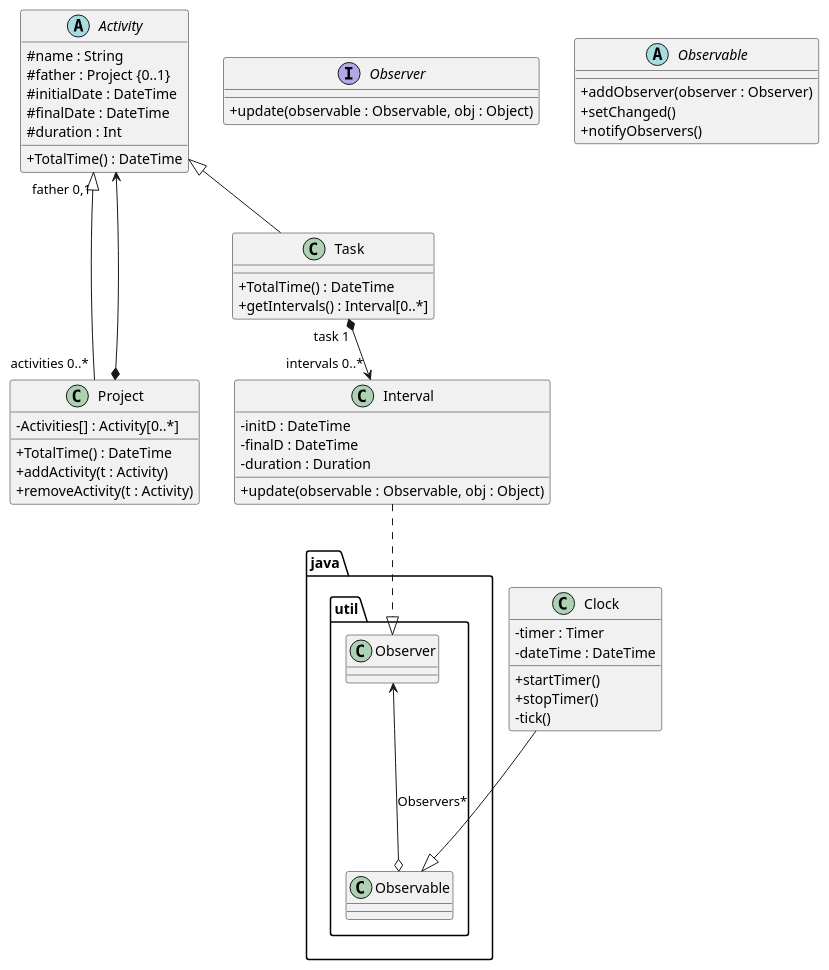
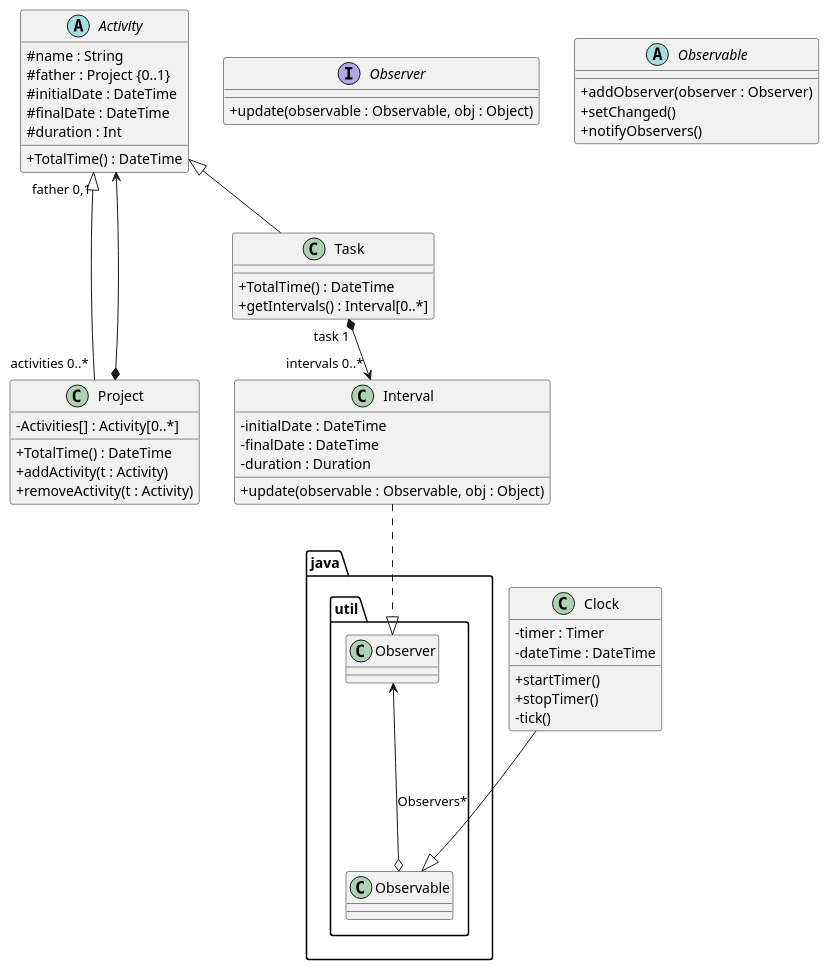
Before and after one commit to Jhonatanqt11/DS_proyecto: the diagram in TimeTracker/src/TimeTracker.puml, drawn with PlantUML.

```diff
--- a/TimeTracker/src/TimeTracker.puml
+++ b/TimeTracker/src/TimeTracker.puml
@@ -1,63 +1,63 @@
 @startuml
 'https://plantuml.com/class-diagram
 
 skinparam classAttributeIconSize 0
 
 Project"activities 0..*"-up-|>"father 0,1"Activity
 Task -up-|>Activity
 Project*--->Activity
 Task"task 1"*-->"intervals 0..*"Interval
 
 package java.util{
 Observable o--up->Observer : Observers*
 }
 Clock---|>Observable
 Interval..|>Observer
 
 Interface Observer{
     +update(observable : Observable, obj : Object)
 }
 Abstract Observable{
     +addObserver(observer : Observer)
     +setChanged()
     +notifyObservers()
 
 }
 class Project {
     -Activities[] : Activity[0..*]
 
     +TotalTime() : DateTime
     +addActivity(t : Activity)
     +removeActivity(t : Activity)
 }
 class Task{
     +TotalTime() : DateTime
     +getIntervals() : Interval[0..*]
 }
 
 abstract Activity{
     #name : String
     #father : Project {0..1}
     #initialDate : DateTime
     #finalDate : DateTime
     #duration : Int
 
     +TotalTime() : DateTime
 }
 class Interval{
-    -initD : DateTime
-    -finalD : DateTime
+    -initialDate : DateTime
+    -finalDate : DateTime
     -duration : Duration
 
     +update(observable : Observable, obj : Object)
 }
 class Clock{
     -timer : Timer
     -dateTime : DateTime
     +startTimer()
     +stopTimer()
     -tick()
 }
 
 
 @enduml
```
